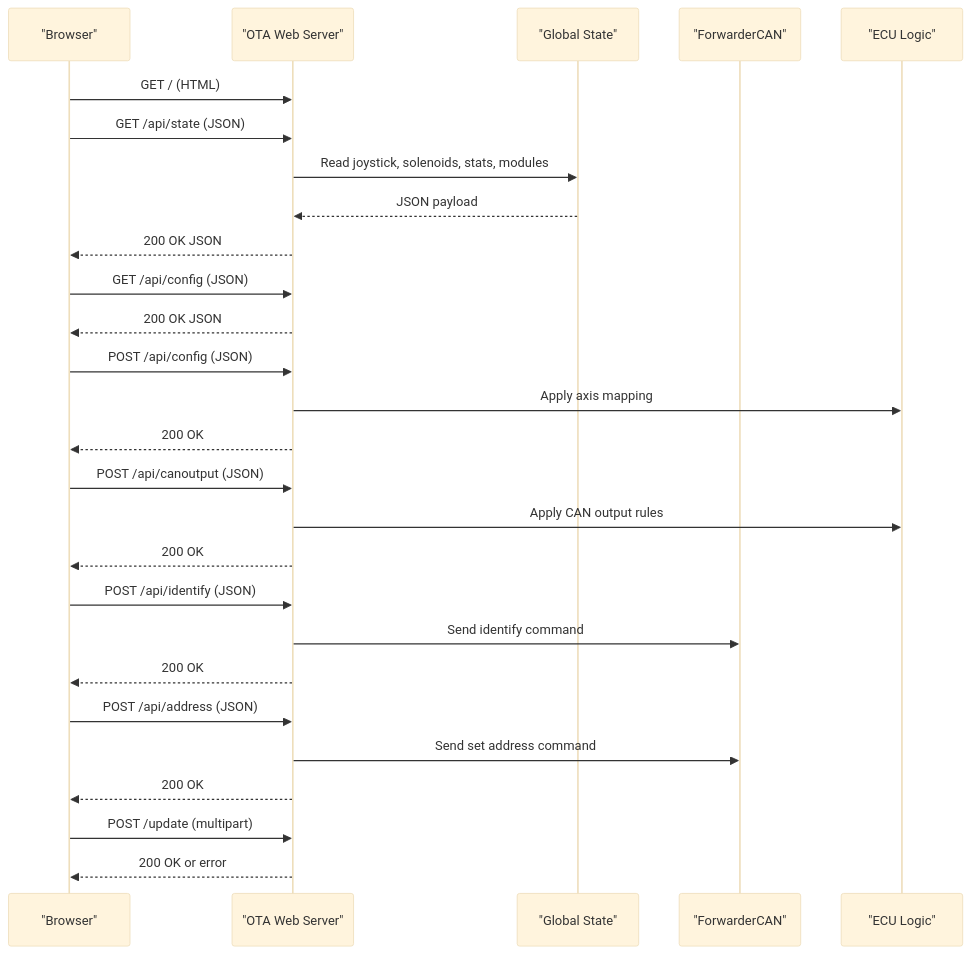
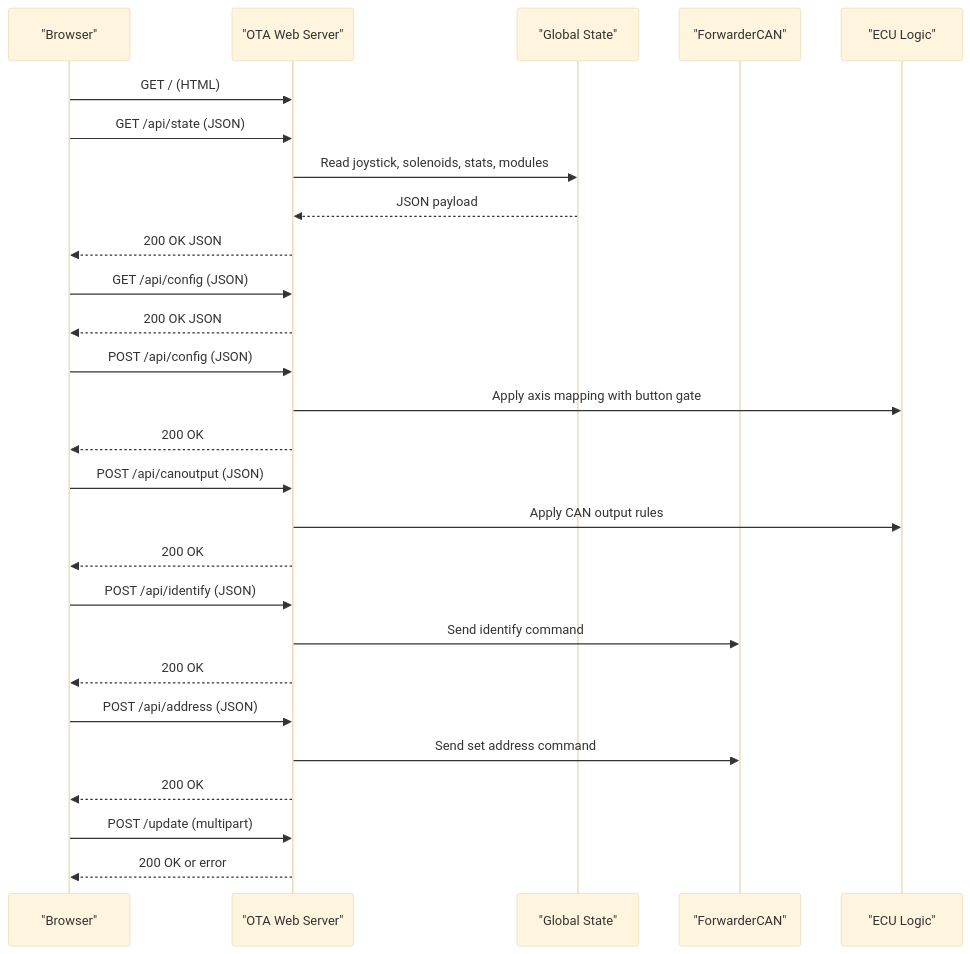
The second of 3 diagrams in .qoder/repowiki/en/content/Web Interface/Web Interface.md (gunicsba/ESP_CAN_ECU_joystick_collection), drawn with Mermaid (base theme) before and after one commit. The commit also changed other lines of this file and 10 other files, not shown here.

````diff
--- a/.qoder/repowiki/en/content/Web Interface/Web Interface.md
+++ b/.qoder/repowiki/en/content/Web Interface/Web Interface.md
@@ -96,29 +105,29 @@
 ```mermaid
 sequenceDiagram
 participant Browser as "Browser"
 participant Server as "OTA Web Server"
 participant State as "Global State"
 participant CAN as "ForwarderCAN"
 participant ECU as "ECU Logic"
 Browser->>Server : GET / (HTML)
 Browser->>Server : GET /api/state (JSON)
 Server->>State : Read joystick, solenoids, stats, modules
 State-->>Server : JSON payload
 Server-->>Browser : 200 OK JSON
 Browser->>Server : GET /api/config (JSON)
 Server-->>Browser : 200 OK JSON
 Browser->>Server : POST /api/config (JSON)
-Server->>ECU : Apply axis mapping
+Server->>ECU : Apply axis mapping with button gate
 Server-->>Browser : 200 OK
 Browser->>Server : POST /api/canoutput (JSON)
 Server->>ECU : Apply CAN output rules
 Server-->>Browser : 200 OK
 Browser->>Server : POST /api/identify (JSON)
 Server->>CAN : Send identify command
 Server-->>Browser : 200 OK
 Browser->>Server : POST /api/address (JSON)
 Server->>CAN : Send set address command
 Server-->>Browser : 200 OK
 Browser->>Server : POST /update (multipart)
 Server-->>Browser : 200 OK or error
 ```
````
